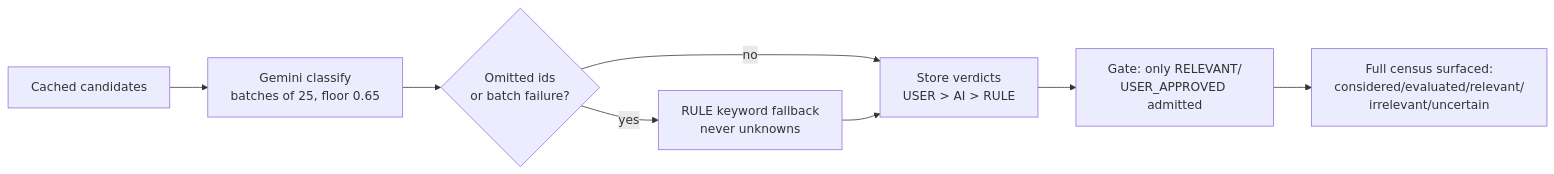
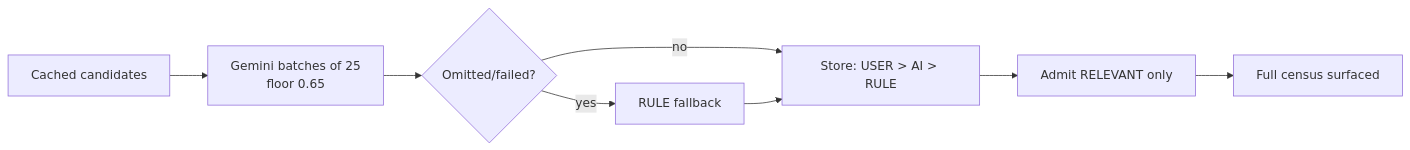
Before and after one commit to Ahmed-yasser86/Stock-Time-Machine: the third of 6 diagrams in docs/pipelines.md, drawn with Mermaid. The commit also changed other lines of this file and 4 other files, not shown here.

````diff
--- a/docs/pipelines.md
+++ b/docs/pipelines.md
@@ -70,10 +141,10 @@
 ```mermaid
 flowchart LR
-    A[Cached candidates] --> B[Gemini classify\nbatches of 25, floor 0.65]
-    B --> C{Omitted ids\nor batch failure?}
-    C -->|yes| D[RULE keyword fallback\nnever unknowns]
-    C -->|no| E[Store verdicts\nUSER > AI > RULE]
+    A[Cached candidates] --> B[Gemini batches of 25\nfloor 0.65]
+    B --> C{Omitted/failed?}
+    C -->|yes| D[RULE fallback]
+    C -->|no| E[Store: USER > AI > RULE]
     D --> E
-    E --> F[Gate: only RELEVANT/\nUSER_APPROVED admitted]
-    F --> G[Full census surfaced:\nconsidered/evaluated/relevant/\nirrelevant/uncertain]
+    E --> F[Admit RELEVANT only]
+    F --> G[Full census surfaced]
 ```
````
